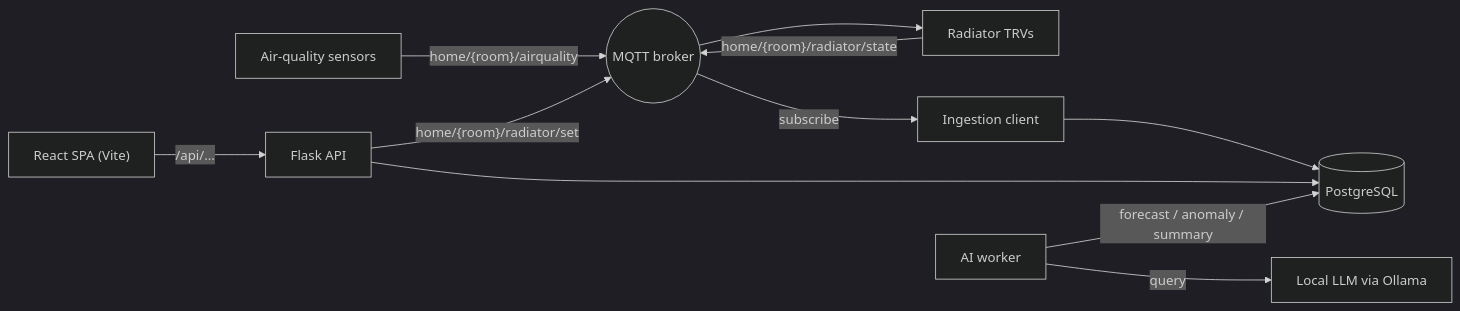
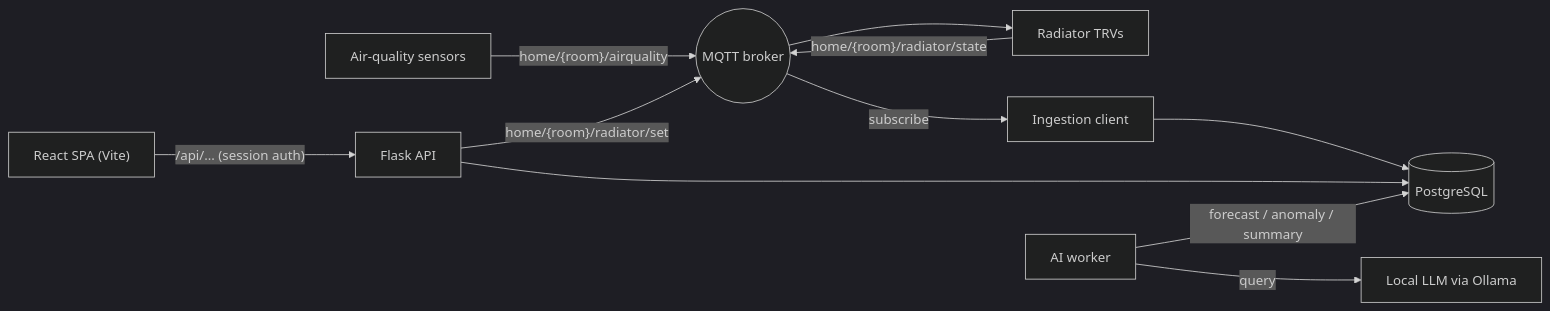
One commit to mudarshullar2/ventilation-optimization changed the diagram in README.md. Above: the diagram before and after it, drawn with Mermaid (dark theme). The commit also changed other lines of this file and 11 other files, not shown here.

````diff
--- a/README.md
+++ b/README.md
@@ -13,13 +13,13 @@
 ```mermaid
 flowchart LR
-    SPA["React SPA (Vite)"] -->|"/api/..."| APP["Flask API"]
+    SPA["React SPA (Vite)"] -->|"/api/... (session auth)"| APP["Flask API"]
     S["Air-quality sensors"] -->|"home/{room}/airquality"| B(("MQTT broker"))
     T["Radiator TRVs"] -->|"home/{room}/radiator/state"| B
     B -->|subscribe| M["Ingestion client"]
     M --> DB[("PostgreSQL")]
     APP --> DB
     APP -->|"home/{room}/radiator/set"| B
     B --> T
     W["AI worker"] -->|"forecast / anomaly / summary"| DB
     W -->|query| OL["Local LLM via Ollama"]
 ```
````
